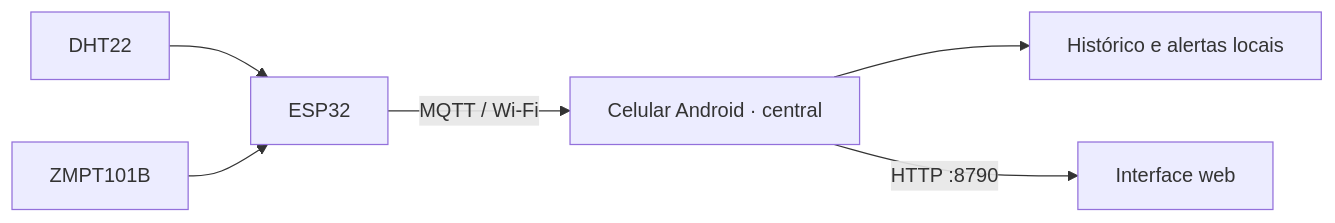
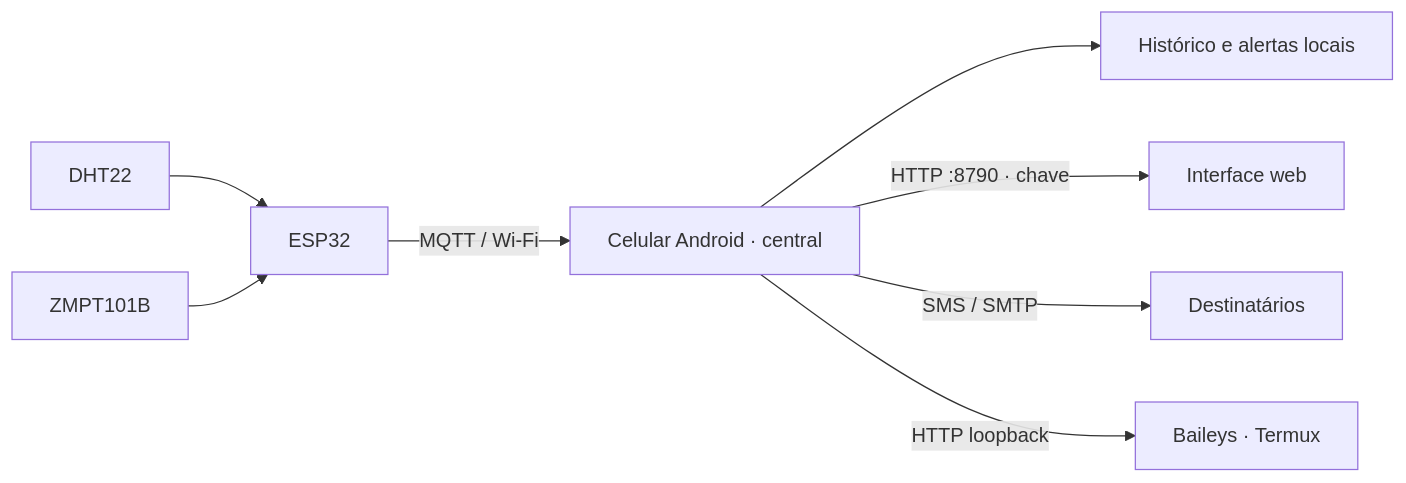
The diagram in README.md (ThHSzR/winterhold), drawn with Mermaid before and after one commit. The commit also changed other lines of this file and 18 other files, not shown here.

Commit message:
feat: deliver ESP alerts and simplify Android web interface

````diff
--- a/README.md
+++ b/README.md
@@ -9,8 +9,10 @@
 ```mermaid
 flowchart LR
     DHT["DHT22"] --> ESP["ESP32"]
     ZMPT["ZMPT101B"] --> ESP
     ESP -->|"MQTT / Wi-Fi"| APK["Celular Android · central"]
     APK --> DB["Histórico e alertas locais"]
-    APK -->|"HTTP :8790"| WEB["Interface web"]
+    APK -->|"HTTP :8790 · chave"| WEB["Interface web"]
+    APK -->|"SMS / SMTP"| AVISOS["Destinatários"]
+    APK -->|"HTTP loopback"| BRIDGE["Baileys · Termux"]
 ```
````
